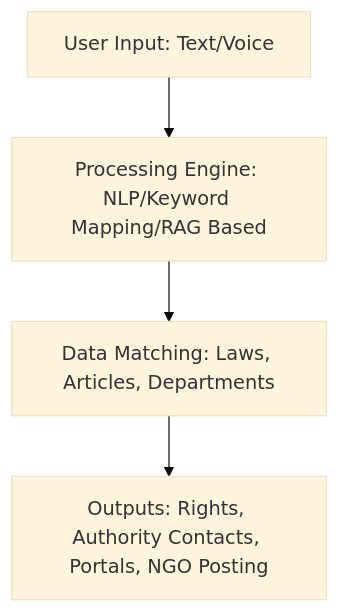
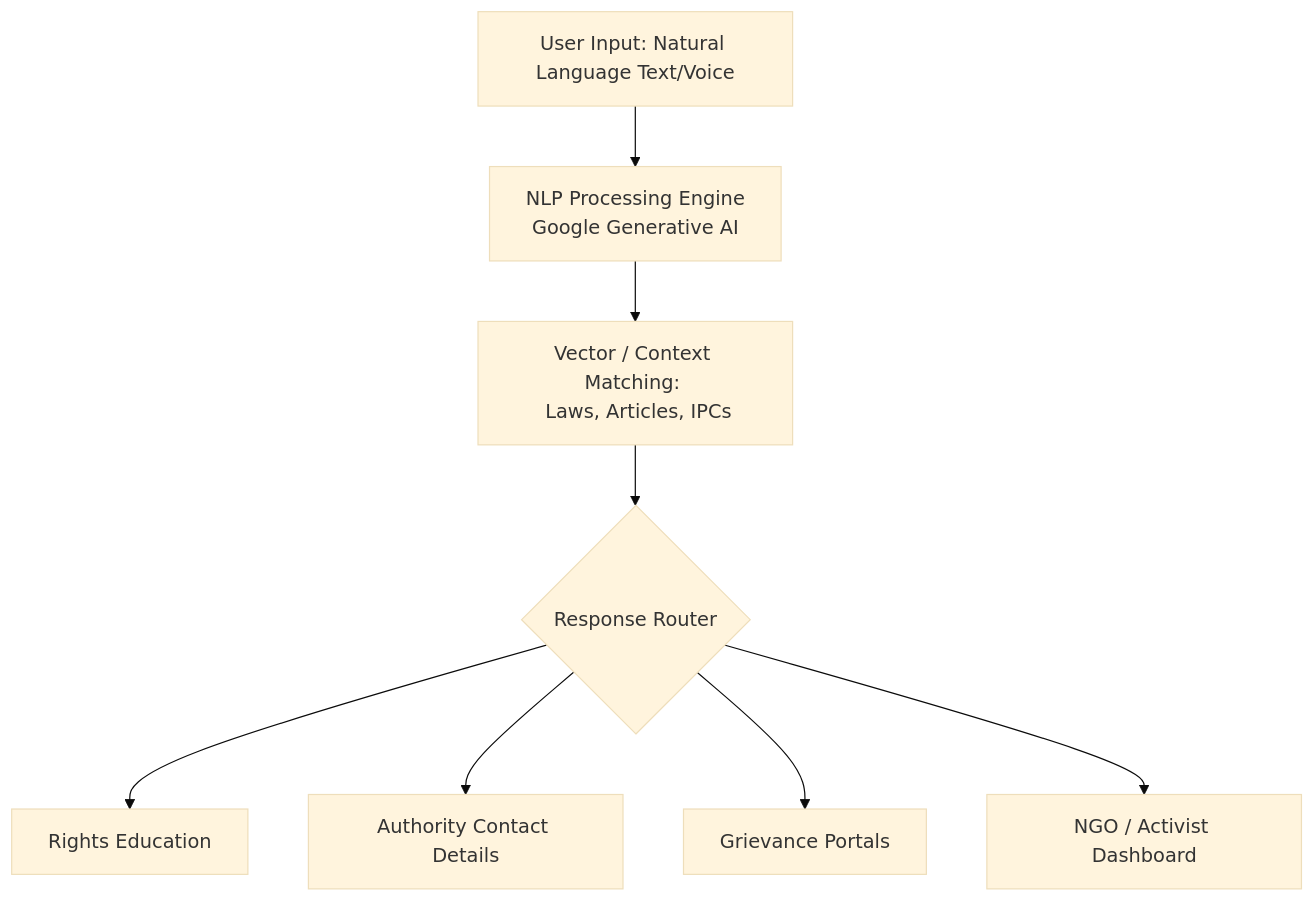
The diagram in README.md (kiranyela/Samvidhan.ai), drawn with Mermaid (base theme) before and after one commit. The commit also changed other lines of this file and 10 other files, not shown here.

Commit message:
feat: implement NGO registration, OTP-based authentication, post CRUD operations, and file upload middleware.

````diff
--- a/README.md
+++ b/README.md
@@ -32,6 +85,10 @@
 ```mermaid
 flowchart TD
-    A[User Input: Text/Voice] --> B[Processing Engine: NLP/Keyword Mapping/RAG Based]
-    B --> C[Data Matching: Laws, Articles, Departments]
-    C --> D[Outputs: Rights, Authority Contacts, Portals, NGO Posting]
+    A[User Input: Natural Language Text/Voice] --> B[NLP Processing Engine <br/> Google Generative AI]
+    B --> C[Vector / Context Matching: <br/> Laws, Articles, IPCs]
+    C --> D{Response Router}
+    D --> E[Rights Education]
+    D --> F[Authority Contact Details]
+    D --> G[Grievance Portals]
+    D --> H[NGO / Activist Dashboard]
 ```
````
